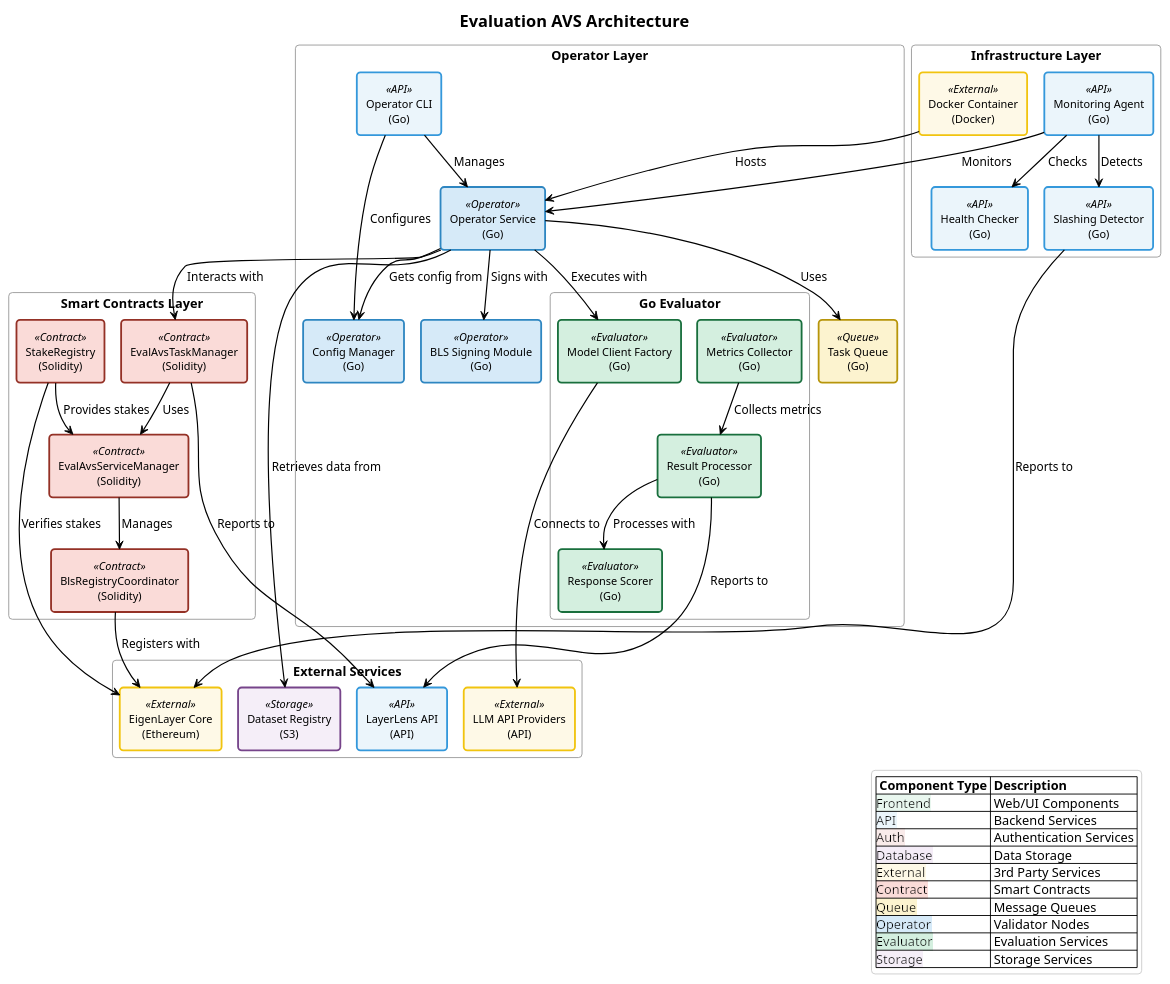
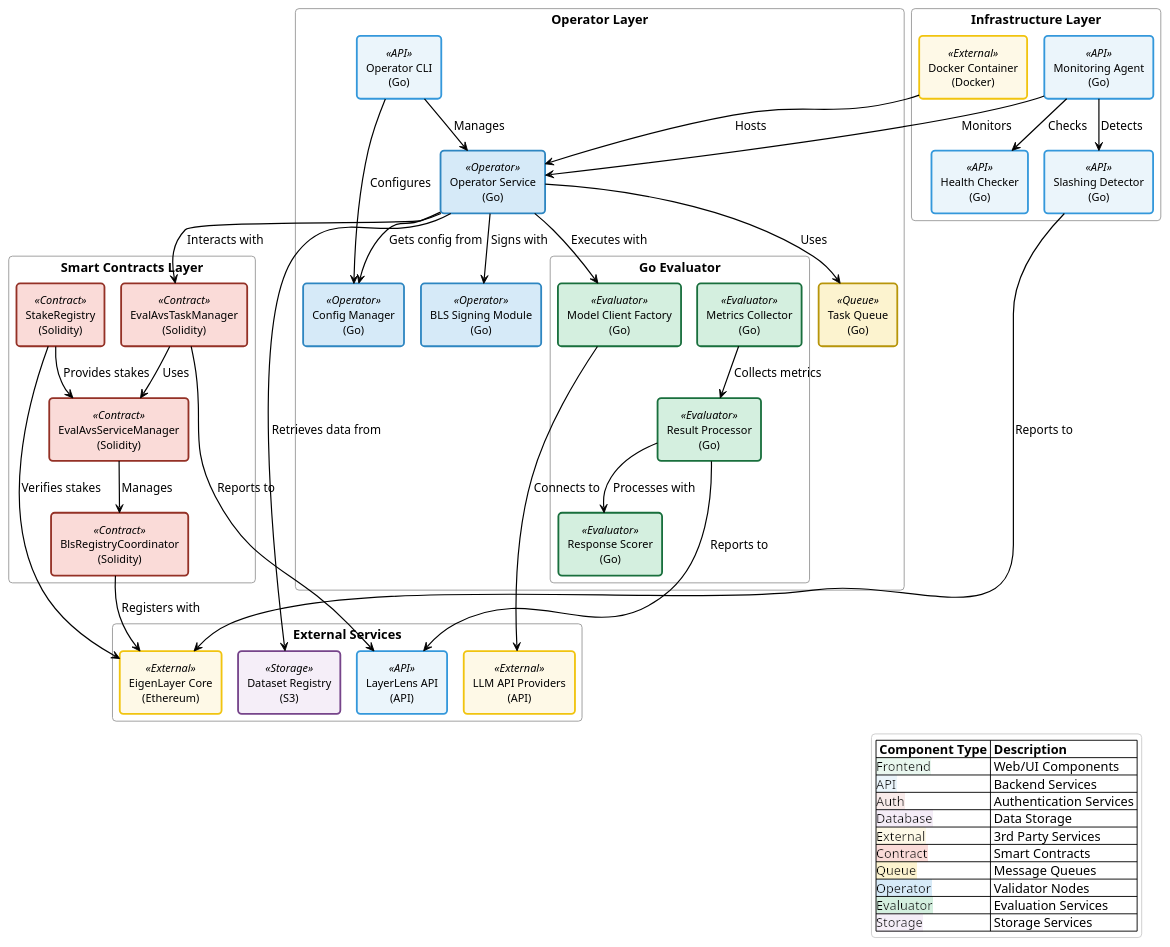
Before and after one commit to k-g-j/ll-sequence-diagrams: the diagram in plantuml-diagrams/avs-architecture.puml, drawn with PlantUML. The commit also changed 7 other files, not shown here.

First line of the commit message:
Remove redundant titles from architecture diagrams

```diff
--- a/plantuml-diagrams/avs-architecture.puml
+++ b/plantuml-diagrams/avs-architecture.puml
@@ -1,177 +1,175 @@
 @startuml avs-architecture
 !pragma layout smetana
 
 ' Define custom colors to match sequence diagrams
 skinparam component<<Frontend>> {
   BackgroundColor #E9F7EF
   BorderColor #27AE60
   BorderThickness 2
 }
 
 skinparam component<<API>> {
   BackgroundColor #EBF5FB
   BorderColor #3498DB
   BorderThickness 2
 }
 
 skinparam component<<Auth>> {
   BackgroundColor #F9EBEA
   BorderColor #E74C3C
   BorderThickness 2
 }
 
 skinparam component<<Database>> {
   BackgroundColor #F4ECF7
   BorderColor #8E44AD
   BorderThickness 2
 }
 
 skinparam component<<External>> {
   BackgroundColor #FEF9E7
   BorderColor #F1C40F
   BorderThickness 2
 }
 
 skinparam component<<Contract>> {
   BackgroundColor #FADBD8
   BorderColor #943126
   BorderThickness 2
 }
 
 skinparam component<<Queue>> {
   BackgroundColor #FCF3CF
   BorderColor #B7950B
   BorderThickness 2
 }
 
 skinparam component<<Operator>> {
   BackgroundColor #D6EAF8
   BorderColor #2E86C1
   BorderThickness 2
 }
 
 skinparam component<<Evaluator>> {
   BackgroundColor #D4EFDF
   BorderColor #196F3D
   BorderThickness 2
 }
 
 skinparam component<<Storage>> {
   BackgroundColor #F5EEF8
   BorderColor #76448A
   BorderThickness 2
 }
 
 ' Custom styling
 skinparam ArrowColor #000000
 skinparam ArrowThickness 1.3
 skinparam defaultTextAlignment center
 skinparam RoundCorner 8
 skinparam titleFontSize 18
 skinparam titleFontStyle bold
 skinparam ComponentStyle rectangle
 skinparam componentBorderThickness 1.5
 skinparam componentFontSize 12
 skinparam componentFontName Arial
 skinparam PackageStyle rectangle
 skinparam packageBackgroundColor transparent
 skinparam packageBorderColor #999999
 skinparam legendBackgroundColor #FFFFFF
 skinparam legendBorderColor #CCCCCC
 skinparam database<<Database>> {
   BackgroundColor #F4ECF7
   BorderColor #8E44AD
   BorderThickness 2
 }
 
 skinparam queue<<Queue>> {
   BackgroundColor #FCF3CF
   BorderColor #B7950B
   BorderThickness 2
 }
 
-title Evaluation AVS Architecture
-
 package "Smart Contracts Layer" {
     [EvalAvsServiceManager\n(Solidity)] as service_manager <<Contract>>
     [EvalAvsTaskManager\n(Solidity)] as task_manager <<Contract>>
     [BlsRegistryCoordinator\n(Solidity)] as bls_registry <<Contract>>
     [StakeRegistry\n(Solidity)] as stake_registry <<Contract>>
 }
 
 package "Operator Layer" {
     [Operator Service\n(Go)] as op_service <<Operator>>
     [Operator CLI\n(Go)] as op_cli <<API>>
     [Task Queue\n(Go)] as task_queue <<Queue>>
     [BLS Signing Module\n(Go)] as bls_signer <<Operator>>
     [Config Manager\n(Go)] as config_mgr <<Operator>>
     
     package "Go Evaluator" {
         [Model Client Factory\n(Go)] as model_factory <<Evaluator>>
         [Response Scorer\n(Go)] as scorer <<Evaluator>>
         [Result Processor\n(Go)] as processor <<Evaluator>>
         [Metrics Collector\n(Go)] as metrics <<Evaluator>>
     }
 }
 
 package "Infrastructure Layer" {
     [Docker Container\n(Docker)] as docker <<External>>
     [Monitoring Agent\n(Go)] as monitor <<API>>
     [Health Checker\n(Go)] as health <<API>>
     [Slashing Detector\n(Go)] as slashing <<API>>
 }
 
 package "External Services" {
     [EigenLayer Core\n(Ethereum)] as eigenlayer <<External>>
     [Dataset Registry\n(S3)] as s3 <<Storage>>
     [LLM API Providers\n(API)] as llm <<External>>
     [LayerLens API\n(API)] as api <<API>>
 }
 
 ' Contract interactions
 service_manager --> bls_registry : Manages
 task_manager --> service_manager : Uses
 stake_registry --> service_manager : Provides stakes
 bls_registry --> eigenlayer : Registers with
 stake_registry --> eigenlayer : Verifies stakes
 
 ' Operator components
 op_service --> task_queue : Uses
 op_service --> bls_signer : Signs with
 op_service --> config_mgr : Gets config from
 op_service --> model_factory : Executes with
 op_cli --> op_service : Manages
 op_cli --> config_mgr : Configures
 model_factory --> llm : Connects to
 processor --> scorer : Processes with
 metrics --> processor : Collects metrics
 processor --> api : Reports to
 
 ' Infrastructure
 docker --> op_service : Hosts
 monitor --> op_service : Monitors
 monitor --> health : Checks
 monitor --> slashing : Detects
 slashing --> eigenlayer : Reports to
 
 ' External connections
 op_service --> task_manager : Interacts with
 op_service --> s3 : Retrieves data from
 task_manager --> api : Reports to
 
 ' Add color-coding legend
 legend right
   |= Component Type |= Description |
   |<back:#E9F7EF><color:black>Frontend</color></back>| Web/UI Components |
   |<back:#EBF5FB><color:black>API</color></back>| Backend Services |
   |<back:#F9EBEA><color:black>Auth</color></back>| Authentication Services |
   |<back:#F4ECF7><color:black>Database</color></back>| Data Storage |
   |<back:#FEF9E7><color:black>External</color></back>| 3rd Party Services |
   |<back:#FADBD8><color:black>Contract</color></back>| Smart Contracts |
   |<back:#FCF3CF><color:black>Queue</color></back>| Message Queues |
   |<back:#D6EAF8><color:black>Operator</color></back>| Validator Nodes |
   |<back:#D4EFDF><color:black>Evaluator</color></back>| Evaluation Services |
   |<back:#F5EEF8><color:black>Storage</color></back>| Storage Services |
 endlegend
 
 @enduml
```
